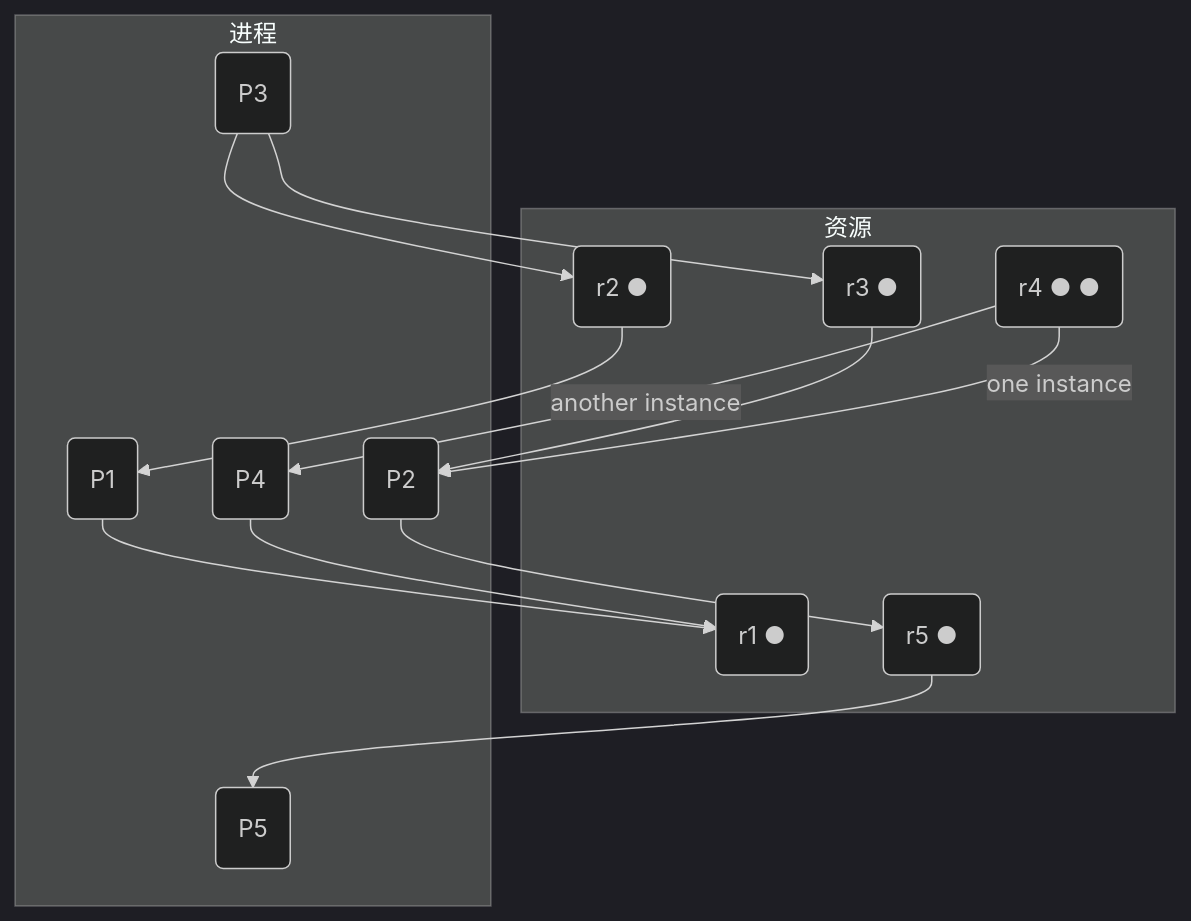
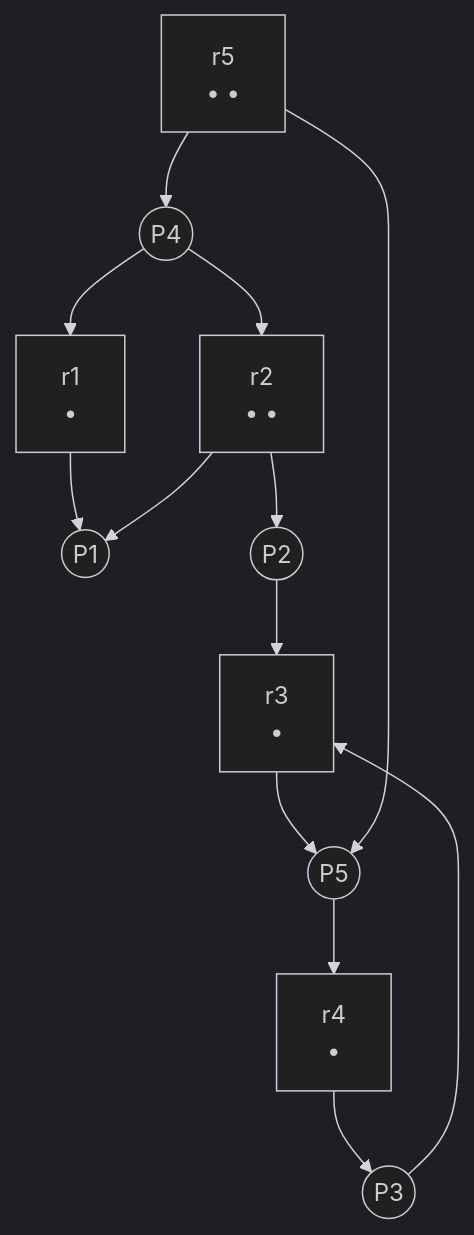
The first of 14 diagrams in Resource/思考题.md (EmptyBlueBox/Operating_Systems-2025Spring-PKU), drawn with Mermaid (dark theme) before and after one commit. The commit also changed other lines of this file and 22 other files, not shown here.

````diff
--- a/Resource/思考题.md
+++ b/Resource/思考题.md
@@ -599,28 +534,32 @@
 ```mermaid
 graph TD
-    subgraph 资源
-        r1("r1 ●")
-        r2("r2 ●")
-        r3("r3 ●")
-        r4("r4 ● ●")
-        r5("r5 ●")
-    end
-    subgraph 进程
-        P1("P1")
-        P2("P2")
-        P3("P3")
-        P4("P4")
-        P5("P5")
-    end
-
-    P1 --> r1
+    %% 进程节点
+    P1((P1))
+    P2((P2))
+    P3((P3))
+    P4((P4))
+    P5((P5))
+    
+    %% 资源节点
+    r1[r1<br/>•]
+    r2[r2<br/>• •]
+    r3[r3<br/>•]
+    r4[r4<br/>•]
+    r5[r5<br/>• •]
+    
+    %% 分配关系（资源指向进程）
+    r1 --> P1
     r2 --> P1
-    r3 --> P2
-    P2 --> r5
-    r4 -- one instance --> P2
-    P3 --> r2
+    r2 --> P2
+    r3 --> P5
+    r4 --> P3
+    r5 --> P4
+    r5 --> P5
+    
+    %% 请求关系（进程指向资源）
+    P2 --> r3
     P3 --> r3
-    r4 -- another instance --> P4
     P4 --> r1
-    r5 --> P5
+    P4 --> r2
+    P5 --> r4
 ```
````
